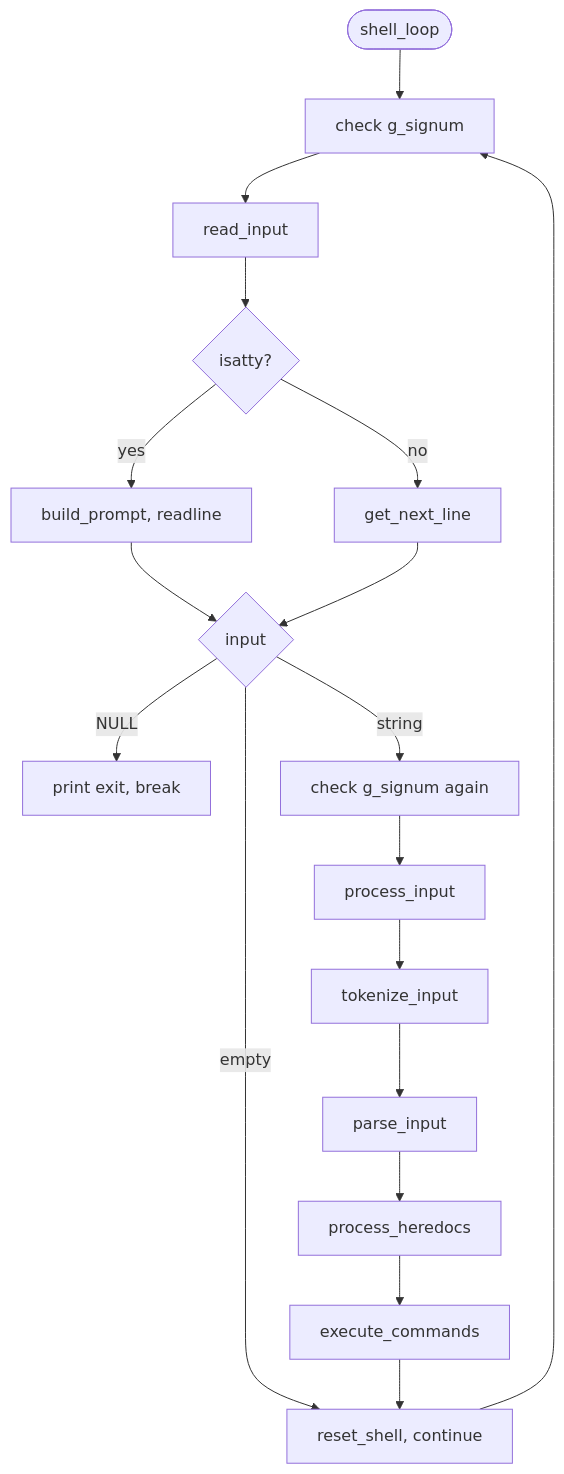
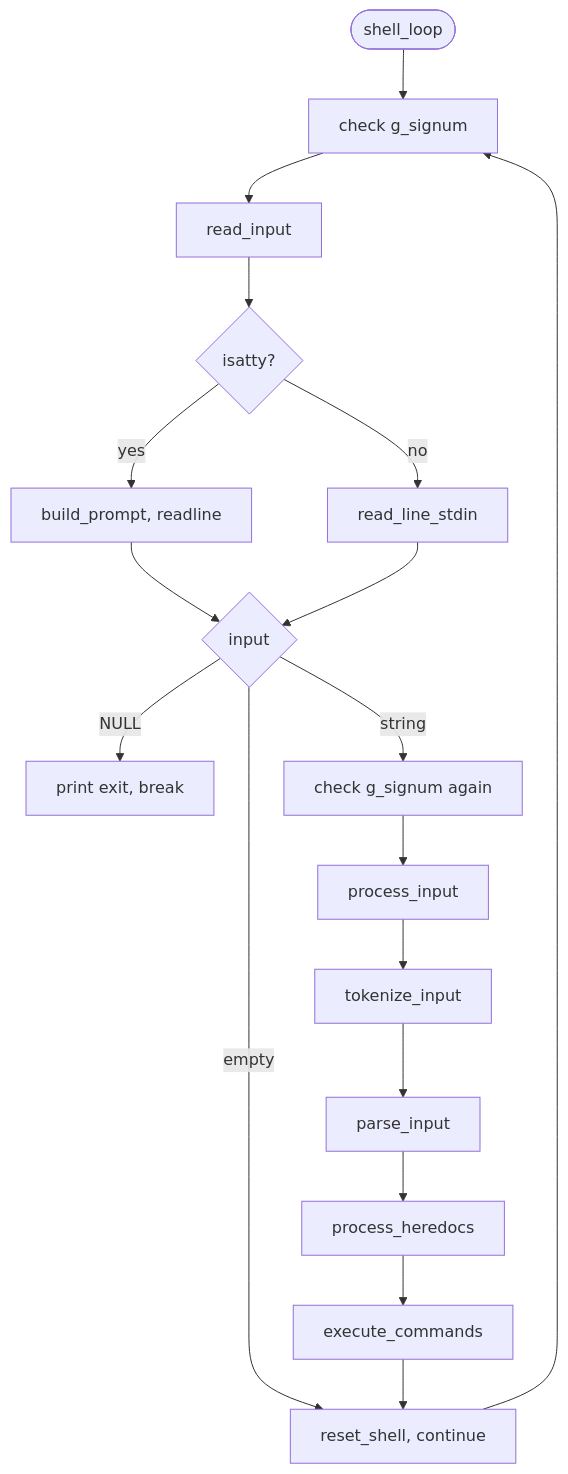
One commit to gkhavari/minishell changed the third of 5 diagrams in docs/MINISHELL_ARCHITECTURE.md. Above: the diagram before and after it, drawn with Mermaid. The commit also changed other lines of this file and 6 other files, not shown here.

````diff
--- a/docs/MINISHELL_ARCHITECTURE.md
+++ b/docs/MINISHELL_ARCHITECTURE.md
@@ -225,20 +226,20 @@
 ```mermaid
 flowchart TD
     START([shell_loop]) --> CHECK_SIG[check g_signum]
     CHECK_SIG --> READ[read_input]
     READ --> PROMPT{isatty?}
     PROMPT -->|yes| BUILD[build_prompt, readline]
-    PROMPT -->|no| GNL[get_next_line]
+    PROMPT -->|no| RLS[read_line_stdin]
     BUILD --> GOT{input}
-    GNL --> GOT{input}
+    RLS --> GOT{input}
     GOT -->|NULL| EXIT[print exit, break]
     GOT -->|empty| RESET[reset_shell, continue]
     GOT -->|string| CHECK_SIG2[check g_signum again]
     CHECK_SIG2 --> PROCESS[process_input]
     PROCESS --> TOKEN[tokenize_input]
     TOKEN --> PARSE[parse_input]
     PARSE --> HEREDOC[process_heredocs]
     HEREDOC --> EXEC[execute_commands]
     EXEC --> RESET
     RESET --> CHECK_SIG
 ```
````
